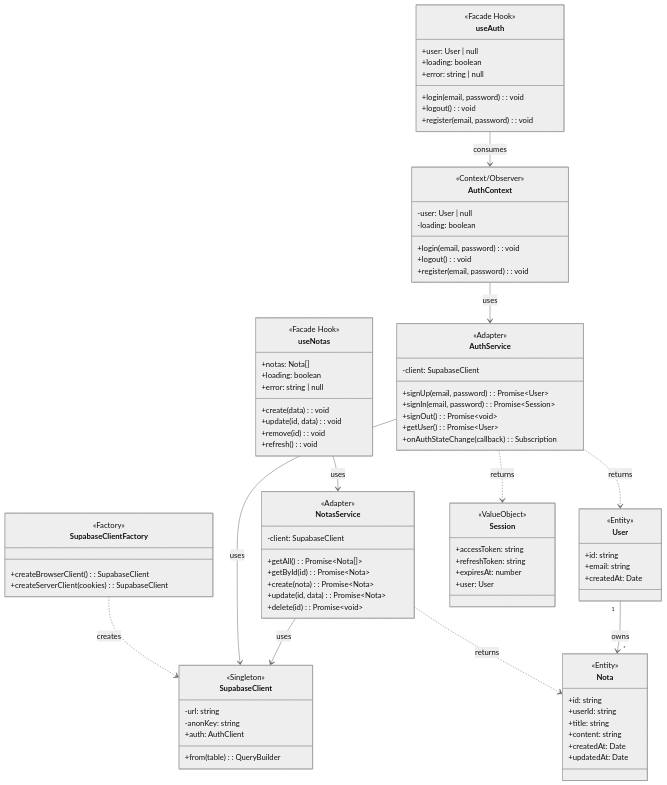
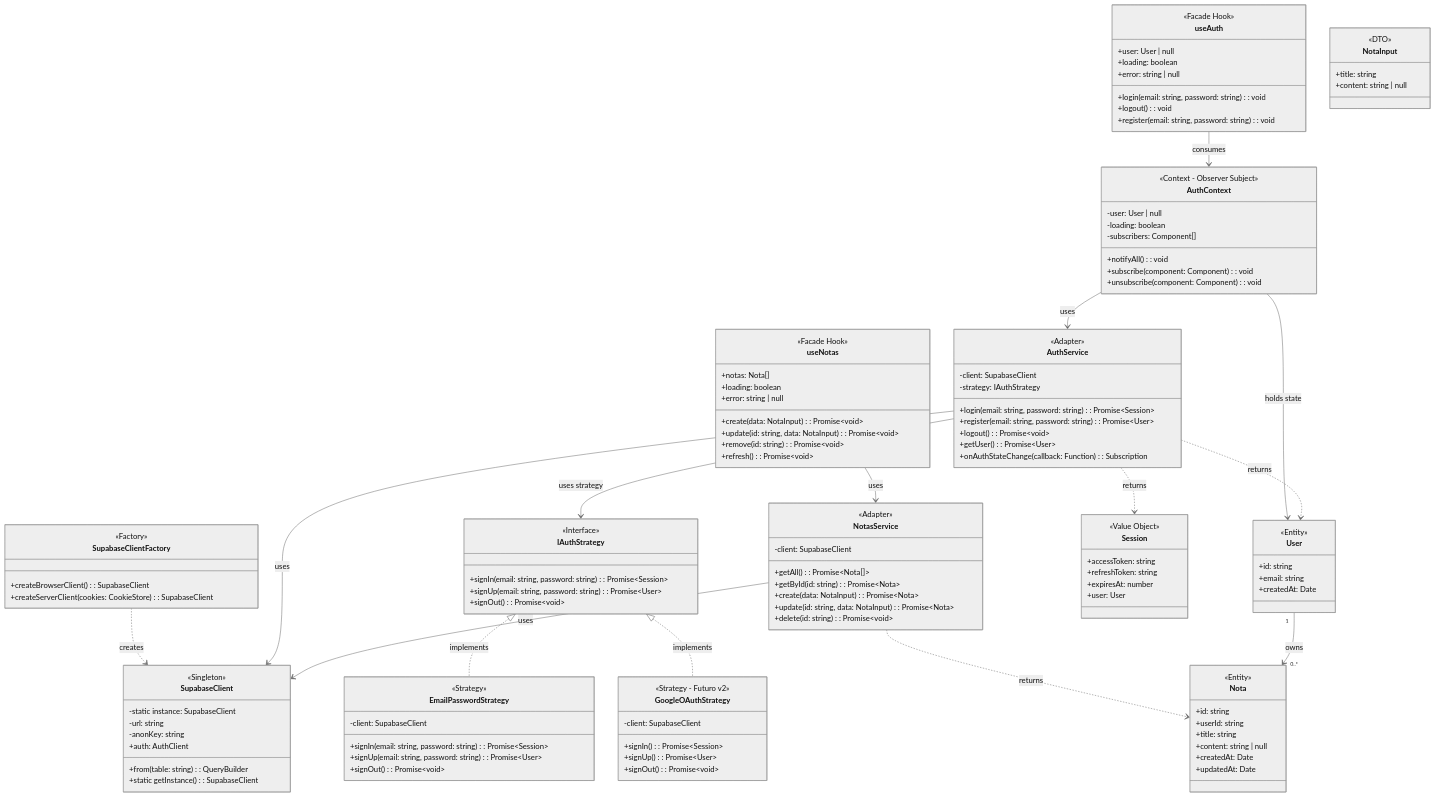
Before and after one commit to cynthiavillagra/app_prueba_prompts: the diagram in docs/03_b_modelado_datos.md, drawn with Mermaid (neutral theme). The commit also changed other lines of this file and 1 other file, not shown here.

Commit message:
docs: data model and class diagrams (Phase 3-B)

````diff
--- a/docs/03_b_modelado_datos.md
+++ b/docs/03_b_modelado_datos.md
@@ -143,68 +68,109 @@
 ```mermaid
 classDiagram
-    %% ========================================
-    %% CAPA DE INFRAESTRUCTURA (Singleton + Factory)
-    %% ========================================
+    direction TB
+    
+    %% ════════════════════════════════════════════
+    %% PATRÓN SINGLETON - Cliente único
+    %% ════════════════════════════════════════════
     
     class SupabaseClient {
         <<Singleton>>
+        -static instance: SupabaseClient
         -url: string
         -anonKey: string
         +auth: AuthClient
-        +from(table): QueryBuilder
+        +from(table: string): QueryBuilder
+        +static getInstance(): SupabaseClient
     }
+    
+    %% ════════════════════════════════════════════
+    %% PATRÓN FACTORY METHOD - Crear clientes según contexto
+    %% ════════════════════════════════════════════
     
     class SupabaseClientFactory {
         <<Factory>>
         +createBrowserClient(): SupabaseClient
-        +createServerClient(cookies): SupabaseClient
+        +createServerClient(cookies: CookieStore): SupabaseClient
     }
     
-    %% ========================================
-    %% CAPA DE SERVICIOS (Adapter)
-    %% ========================================
+    %% ════════════════════════════════════════════
+    %% PATRÓN STRATEGY - Estrategias de autenticación
+    %% ════════════════════════════════════════════
+    
+    class IAuthStrategy {
+        <<Interface>>
+        +signIn(email: string, password: string): Promise~Session~
+        +signUp(email: string, password: string): Promise~User~
+        +signOut(): Promise~void~
+    }
+    
+    class EmailPasswordStrategy {
+        <<Strategy>>
+        -client: SupabaseClient
+        +signIn(email: string, password: string): Promise~Session~
+        +signUp(email: string, password: string): Promise~User~
+        +signOut(): Promise~void~
+    }
+    
+    class GoogleOAuthStrategy {
+        <<Strategy - Futuro v2>>
+        -client: SupabaseClient
+        +signIn(): Promise~Session~
+        +signUp(): Promise~User~
+        +signOut(): Promise~void~
+    }
+    
+    %% ════════════════════════════════════════════
+    %% PATRÓN ADAPTER - Servicios que encapsulan Supabase
+    %% ════════════════════════════════════════════
     
     class AuthService {
         <<Adapter>>
         -client: SupabaseClient
-        +signUp(email, password): Promise~User~
-        +signIn(email, password): Promise~Session~
-        +signOut(): Promise~void~
+        -strategy: IAuthStrategy
+        +login(email: string, password: string): Promise~Session~
+        +register(email: string, password: string): Promise~User~
+        +logout(): Promise~void~
         +getUser(): Promise~User~
-        +onAuthStateChange(callback): Subscription
+        +onAuthStateChange(callback: Function): Subscription
     }
     
     class NotasService {
         <<Adapter>>
         -client: SupabaseClient
         +getAll(): Promise~Nota[]~
-        +getById(id): Promise~Nota~
-        +create(nota): Promise~Nota~
-        +update(id, data): Promise~Nota~
-        +delete(id): Promise~void~
+        +getById(id: string): Promise~Nota~
+        +create(data: NotaInput): Promise~Nota~
+        +update(id: string, data: NotaInput): Promise~Nota~
+        +delete(id: string): Promise~void~
     }
     
-    %% ========================================
-    %% CAPA DE APLICACIÓN (Facade + Strategy)
-    %% ========================================
+    %% ════════════════════════════════════════════
+    %% PATRÓN OBSERVER - Estado reactivo
+    %% ════════════════════════════════════════════
     
     class AuthContext {
-        <<Context/Observer>>
+        <<Context - Observer Subject>>
         -user: User | null
         -loading: boolean
-        +login(email, password): void
-        +logout(): void
-        +register(email, password): void
+        -subscribers: Component[]
+        +notifyAll(): void
+        +subscribe(component: Component): void
+        +unsubscribe(component: Component): void
     }
+    
+    %% ════════════════════════════════════════════
+    %% PATRÓN FACADE - Hooks como interfaz simple
+    %% ════════════════════════════════════════════
     
     class useAuth {
         <<Facade Hook>>
         +user: User | null
         +loading: boolean
         +error: string | null
-        +login(email, password): void
+        +login(email: string, password: string): void
         +logout(): void
-        +register(email, password): void
+        +register(email: string, password: string): void
     }
     
     class useNotas {
@@ -212,15 +178,15 @@
         +notas: Nota[]
         +loading: boolean
         +error: string | null
-        +create(data): void
-        +update(id, data): void
-        +remove(id): void
-        +refresh(): void
+        +create(data: NotaInput): Promise~void~
+        +update(id: string, data: NotaInput): Promise~void~
+        +remove(id: string): Promise~void~
+        +refresh(): Promise~void~
     }
     
-    %% ========================================
+    %% ════════════════════════════════════════════
     %% ENTIDADES DE DOMINIO
-    %% ========================================
+    %% ════════════════════════════════════════════
     
     class User {
         <<Entity>>
@@ -234,34 +200,54 @@
         +id: string
         +userId: string
         +title: string
-        +content: string
+        +content: string | null
         +createdAt: Date
         +updatedAt: Date
     }
     
     class Session {
-        <<ValueObject>>
+        <<Value Object>>
         +accessToken: string
         +refreshToken: string
         +expiresAt: number
         +user: User
     }
     
-    %% ========================================
+    class NotaInput {
+        <<DTO>>
+        +title: string
+        +content: string | null
+    }
+    
+    %% ════════════════════════════════════════════
     %% RELACIONES
-    %% ========================================
+    %% ════════════════════════════════════════════
     
+    %% Factory crea Singleton
     SupabaseClientFactory ..> SupabaseClient : creates
+    
+    %% Strategy implementa interfaz
+    IAuthStrategy <|.. EmailPasswordStrategy : implements
+    IAuthStrategy <|.. GoogleOAuthStrategy : implements
+    
+    %% Adapters usan Singleton
     AuthService --> SupabaseClient : uses
+    AuthService --> IAuthStrategy : uses strategy
     NotasService --> SupabaseClient : uses
     
+    %% Observer pattern
     AuthContext --> AuthService : uses
+    AuthContext --> User : holds state
+    
+    %% Facades consumen servicios
     useAuth --> AuthContext : consumes
     useNotas --> NotasService : uses
     
+    %% Retornos de servicios
     AuthService ..> User : returns
     AuthService ..> Session : returns
     NotasService ..> Nota : returns
     
-    User "1" --> "*" Nota : owns
+    %% Relación de dominio
+    User "1" --> "0..*" Nota : owns
 ```
````
